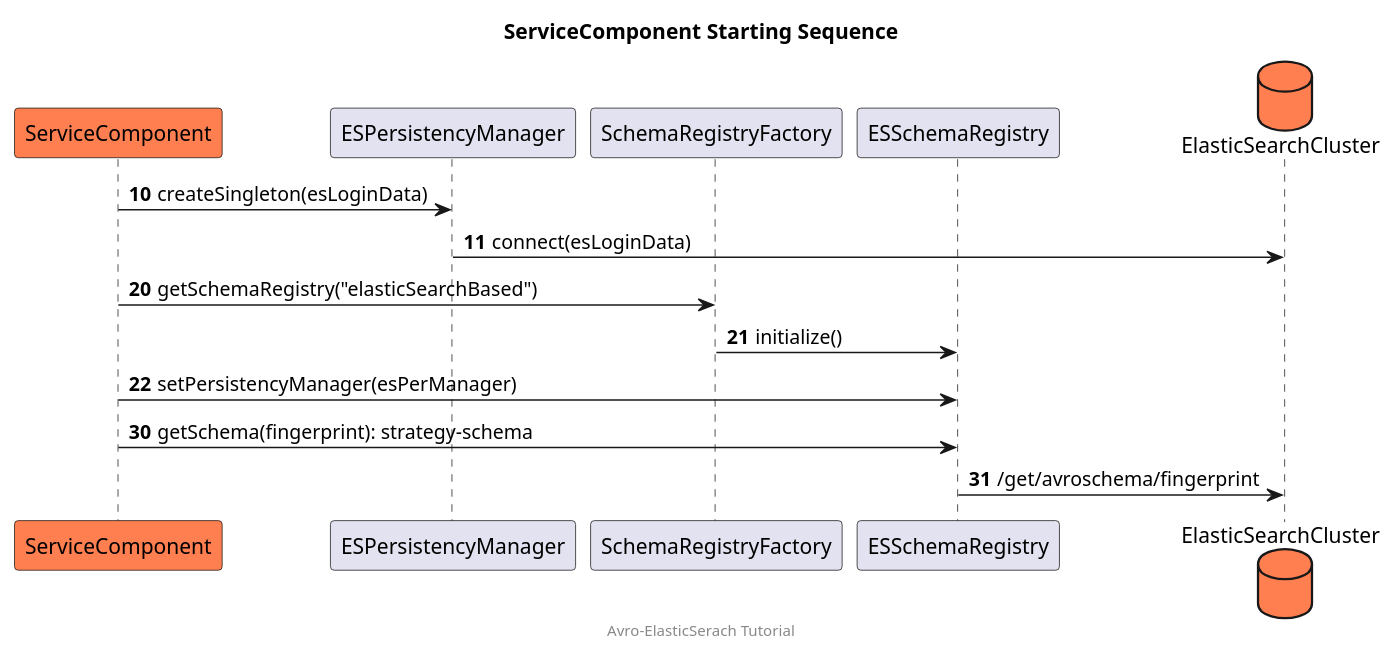
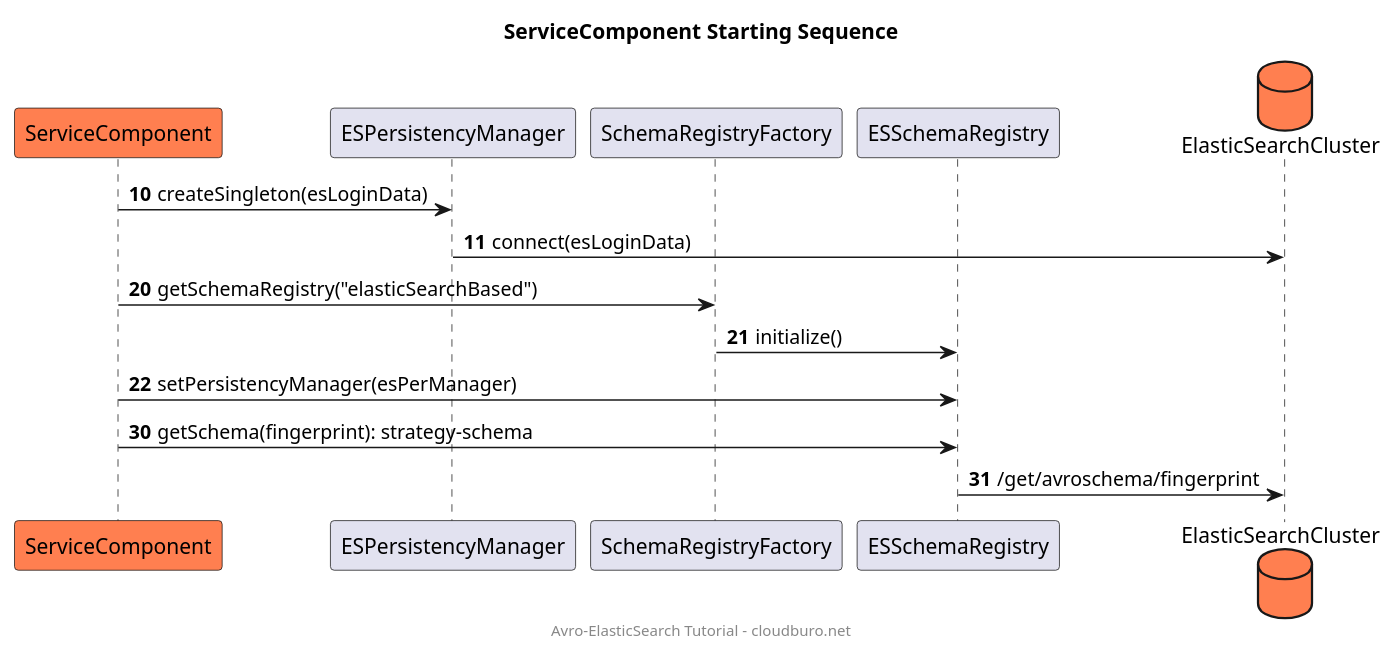
The diagram in plantUML/serviceComponentStartingSequence.puml (talfco/tutorial-apache-avro), drawn with PlantUML before and after one commit. The commit also changed 7 other files, not shown here.

Commit message:
Added versioning plant uml diagrams

```diff
--- a/plantUML/serviceComponentStartingSequence.puml
+++ b/plantUML/serviceComponentStartingSequence.puml
@@ -1,24 +1,24 @@
 @startuml
+title "ServiceComponent Starting Sequence"
+footer "Avro-ElasticSearch Tutorial - cloudburo.net"
+
 participant ServiceComponent order 10 #coral
 participant ESPersistencyManager order 20
 participant SchemaRegistryFactory order 30
 participant ESSchemaRegistry order 40
 database ElasticSearchCluster order 100  #coral
-
-title "ServiceComponent Starting Sequence"
-footer "Avro-ElasticSerach Tutorial"
 
 autonumber 10
 ServiceComponent -> ESPersistencyManager: createSingleton(esLoginData)
 ESPersistencyManager -> ElasticSearchCluster: connect(esLoginData)
 
 autonumber 20
 ServiceComponent -> SchemaRegistryFactory: getSchemaRegistry("elasticSearchBased")
 SchemaRegistryFactory -> ESSchemaRegistry: initialize()
 ServiceComponent -> ESSchemaRegistry: setPersistencyManager(esPerManager)
 
 autonumber 30
 ServiceComponent -> ESSchemaRegistry: getSchema(fingerprint): strategy-schema
 ESSchemaRegistry -> ElasticSearchCluster: /get/avroschema/fingerprint
 
 @enduml
```
